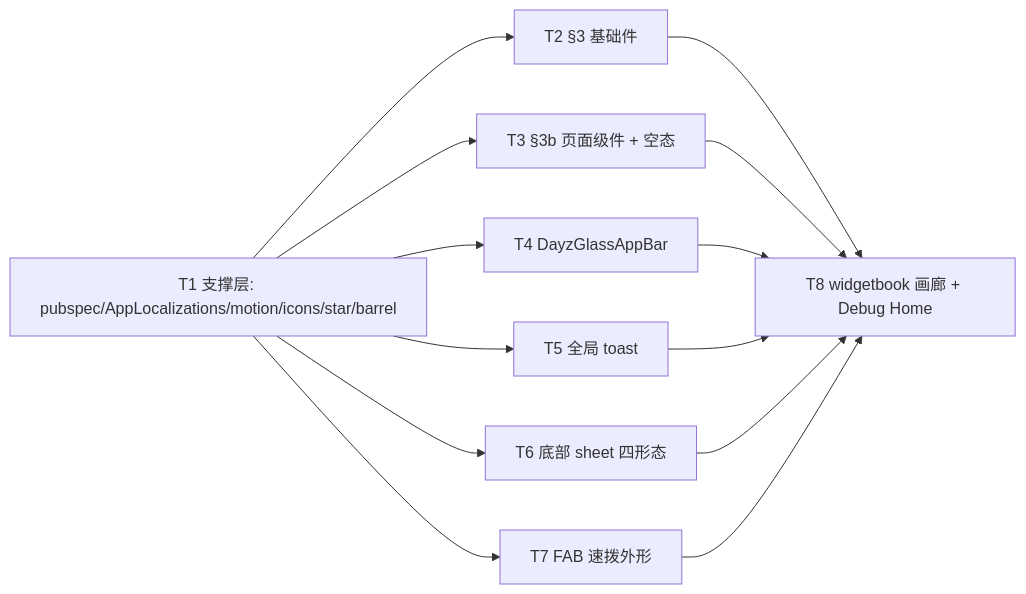
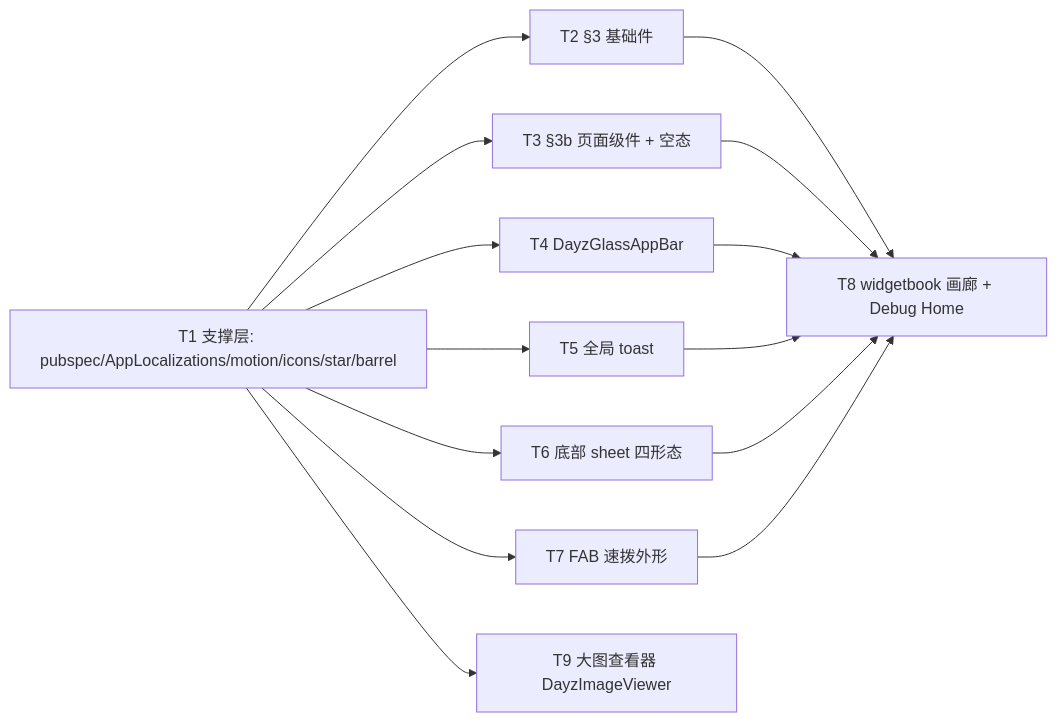
The diagram in specs/active/ui-kit-components/tasks.md (cr1992/DayZ), drawn with Mermaid before and after one commit. The commit also changed other lines of this file and 16 other files, not shown here.

````diff
--- a/specs/active/ui-kit-components/tasks.md
+++ b/specs/active/ui-kit-components/tasks.md
@@ -13,15 +13,16 @@
 ```mermaid
 graph LR
   T1[T1 支撑层: pubspec/AppLocalizations/motion/icons/star/barrel] --> T2[T2 §3 基础件]
   T1 --> T3[T3 §3b 页面级件 + 空态]
   T1 --> T4[T4 DayzGlassAppBar]
   T1 --> T5[T5 全局 toast]
   T1 --> T6[T6 底部 sheet 四形态]
   T1 --> T7[T7 FAB 速拨外形]
   T2 --> T8[T8 widgetbook 画廊 + Debug Home]
   T3 --> T8
   T4 --> T8
   T5 --> T8
   T6 --> T8
   T7 --> T8
+  T1 --> T9[T9 大图查看器 DayzImageViewer]
 ```
````
